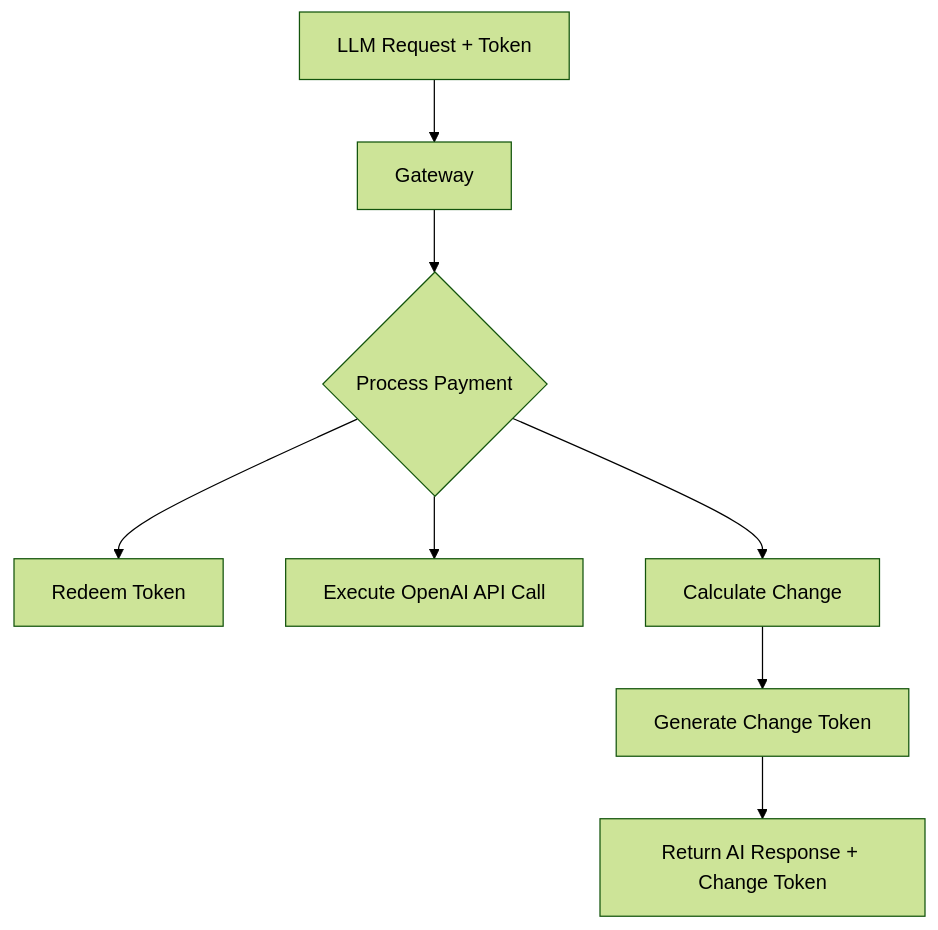
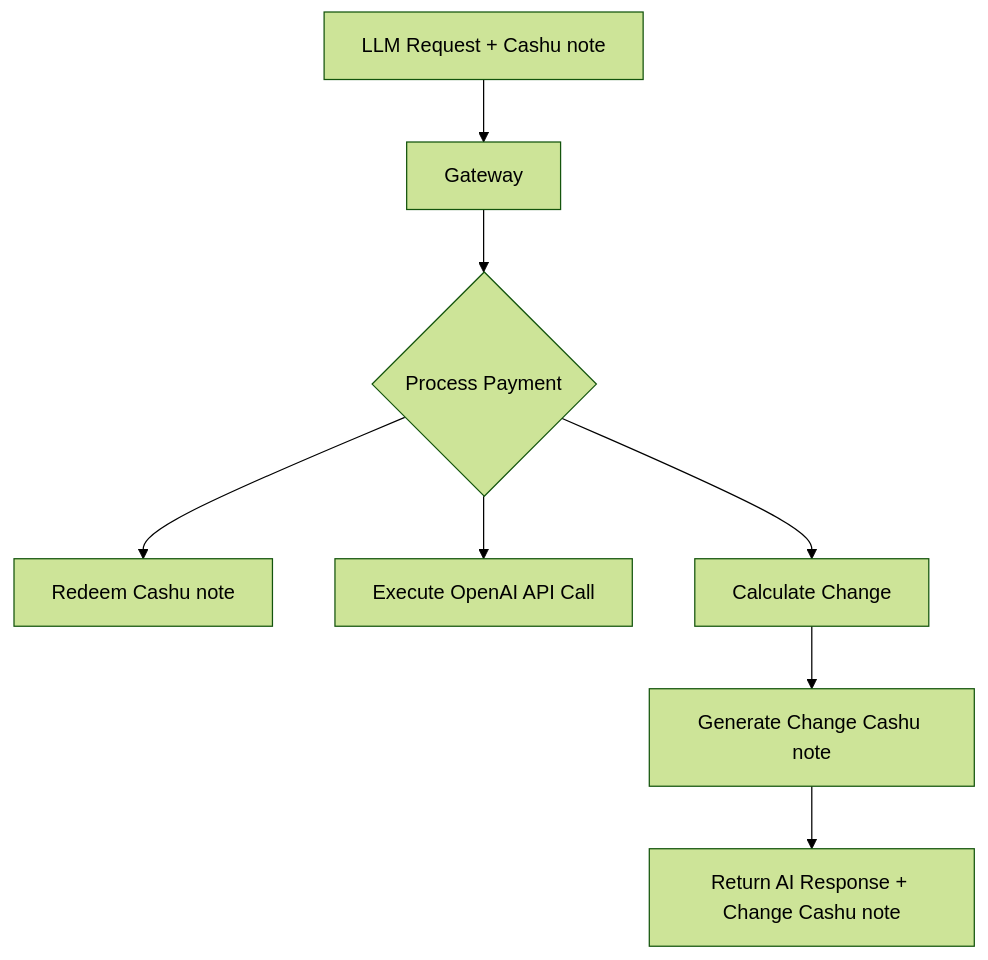
The third of 4 diagrams in README.md (c03rad0r/otrta-ecash), drawn with Mermaid (forest theme) before and after one commit. The commit also changed other lines of this file, not shown here.

````diff
--- a/README.md
+++ b/README.md
@@ -87,10 +91,10 @@
 ```mermaid
 flowchart
-    A[LLM Request + Token] --> B[Gateway]
+    A[LLM Request + Cashu note] --> B[Gateway]
     B --> C{Process Payment}
-    C --> D[Redeem Token]
+    C --> D[Redeem Cashu note]
     C --> E[Execute OpenAI API Call]
     C --> F[Calculate Change]
-    F --> G[Generate Change Token]
-    G --> H[Return AI Response + Change Token]
+    F --> G[Generate Change Cashu note]
+    G --> H[Return AI Response + Change Cashu note]
 ```
````
